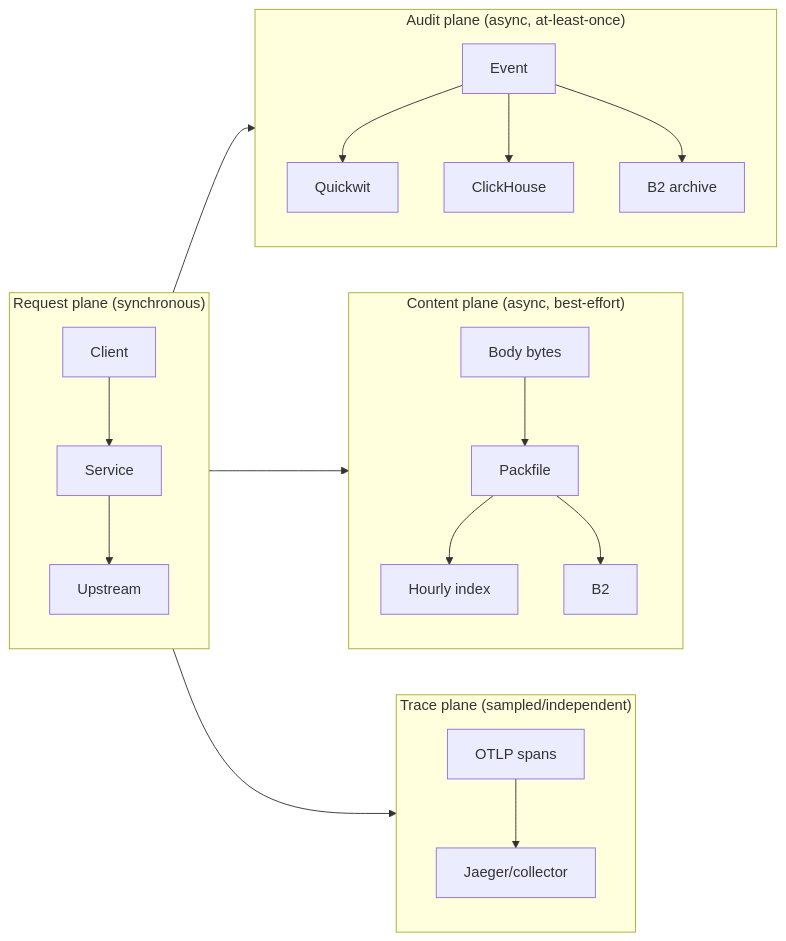
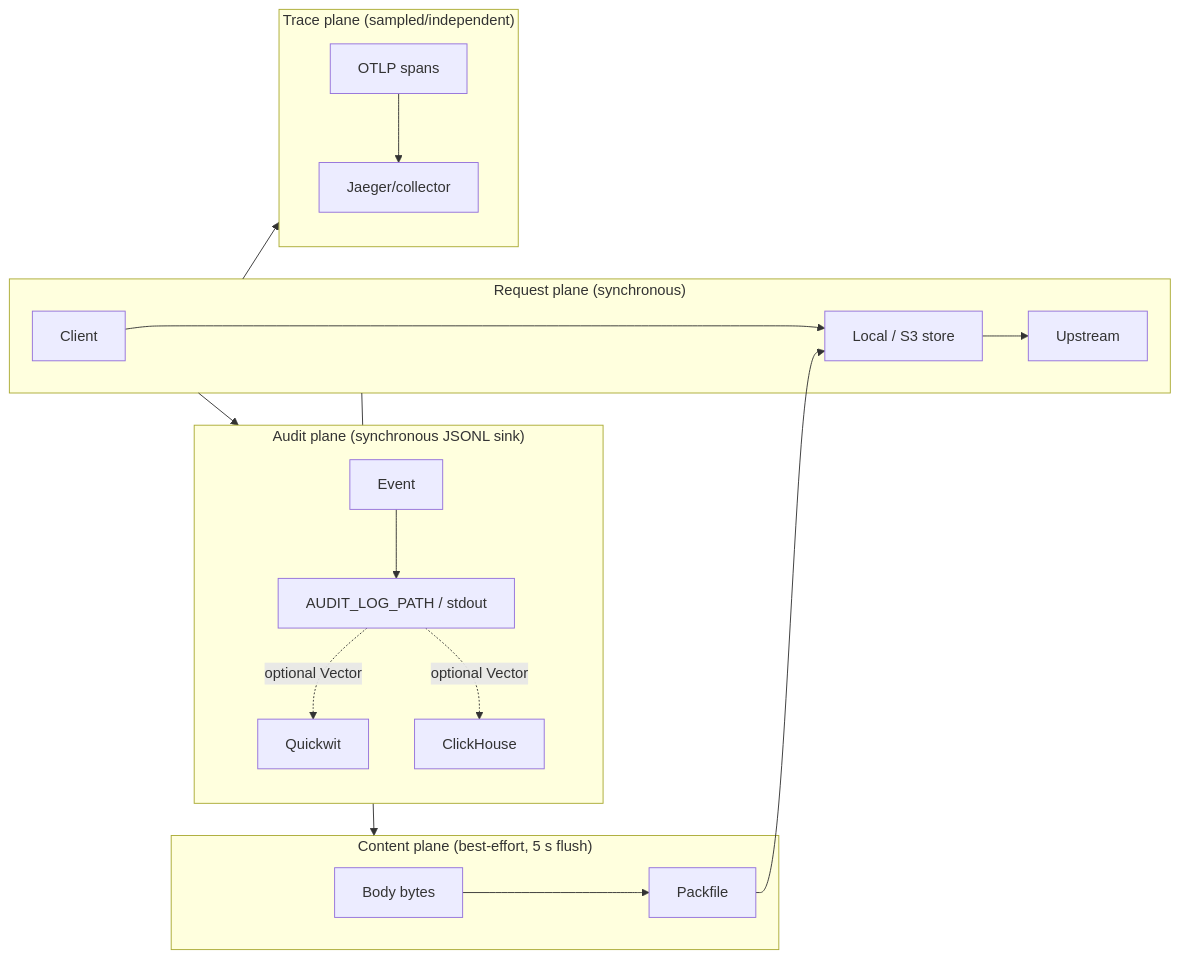
The second of 2 diagrams in docs/architecture/overview.md (mkroman/neuradex), drawn with Mermaid before and after one commit. The commit also changed other lines of this file and 22 other files, not shown here.

````diff
--- a/docs/architecture/overview.md
+++ b/docs/architecture/overview.md
@@ -76,22 +79,21 @@
 ```mermaid
 flowchart LR
     subgraph Request["Request plane (synchronous)"]
         C["Client"] --> S["Service"] --> U["Upstream"]
     end
-    subgraph AuditPlane["Audit plane (async, at-least-once)"]
-        E["Event"] --> Q["Quickwit"]
-        E --> CH["ClickHouse"]
-        E --> A["B2 archive"]
+    subgraph AuditPlane["Audit plane (synchronous JSONL sink)"]
+        E["Event"] --> L["AUDIT_LOG_PATH / stdout"]
+        L -. optional Vector .-> Q["Quickwit"]
+        L -. optional Vector .-> CH["ClickHouse"]
     end
-    subgraph ContentPlane["Content plane (async, best-effort)"]
+    subgraph ContentPlane["Content plane (best-effort, 5 s flush)"]
         B["Body bytes"] --> P["Packfile"]
-        P --> I["Hourly index"]
-        P --> B2["B2"]
+        P --> S["Local / S3 store"]
     end
     subgraph TracePlane["Trace plane (sampled/independent)"]
         T["OTLP spans"] --> J["Jaeger/collector"]
     end
     Request --> AuditPlane
     Request --> ContentPlane
     Request --> TracePlane
 ```
````
